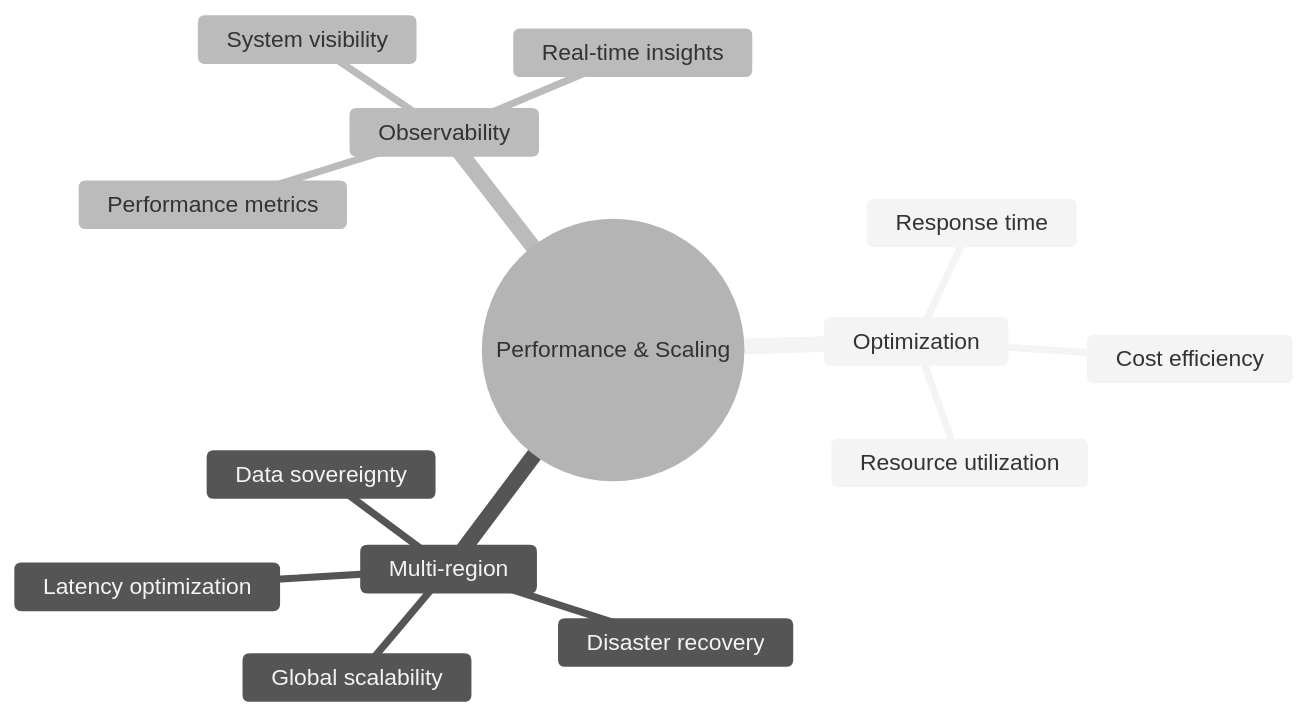
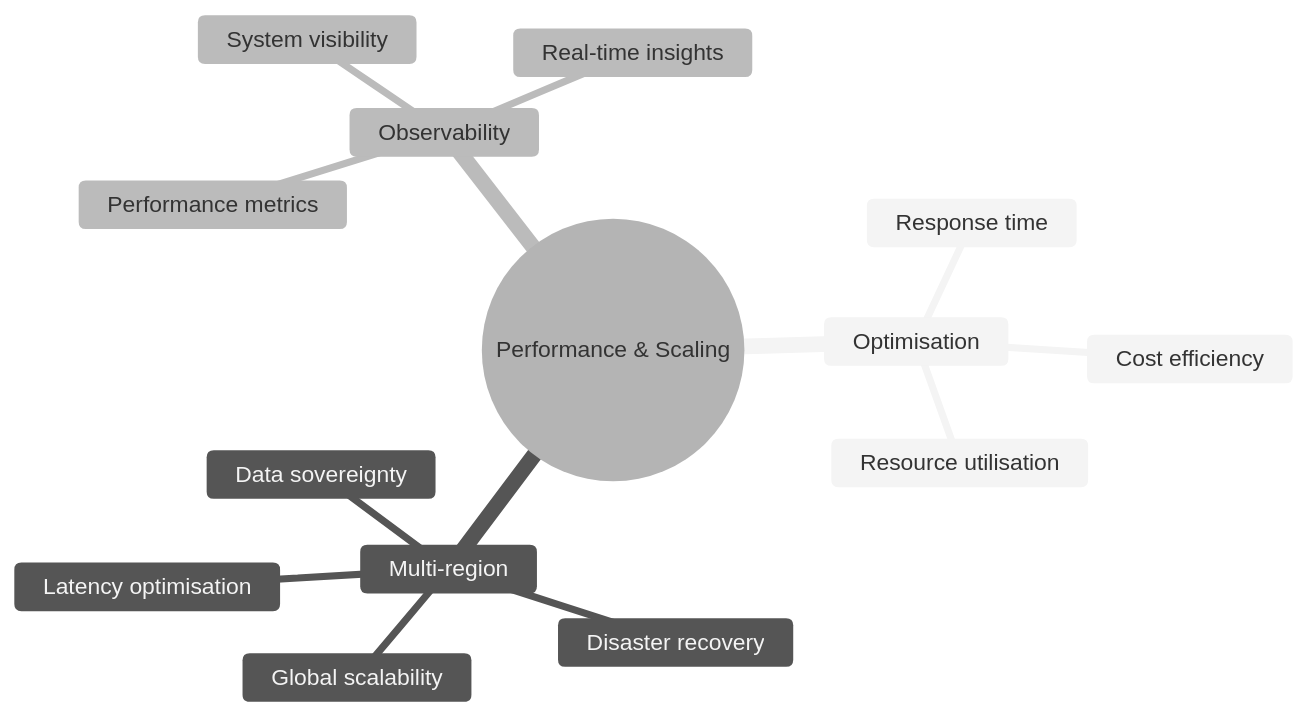
One commit to Geonitab/architecture_as_code changed the diagram in docs/images/mindmap_22c_performance.mmd. Above: the diagram before and after it, drawn with Mermaid (neutral theme). The commit also changed 14 other files, not shown here.

Commit message:
Convert diagrams from American to British English

```diff
--- a/docs/images/mindmap_22c_performance.mmd
+++ b/docs/images/mindmap_22c_performance.mmd
@@ -1,15 +1,15 @@
 mindmap
   root((Performance & Scaling))
-    Optimization
+    Optimisation
       Cost efficiency
-      Resource utilization
+      Resource utilisation
       Response time
     Multi-region
       Global scalability
       Data sovereignty
-      Latency optimization
+      Latency optimisation
       Disaster recovery
     Observability
       System visibility
       Real-time insights
       Performance metrics
```
